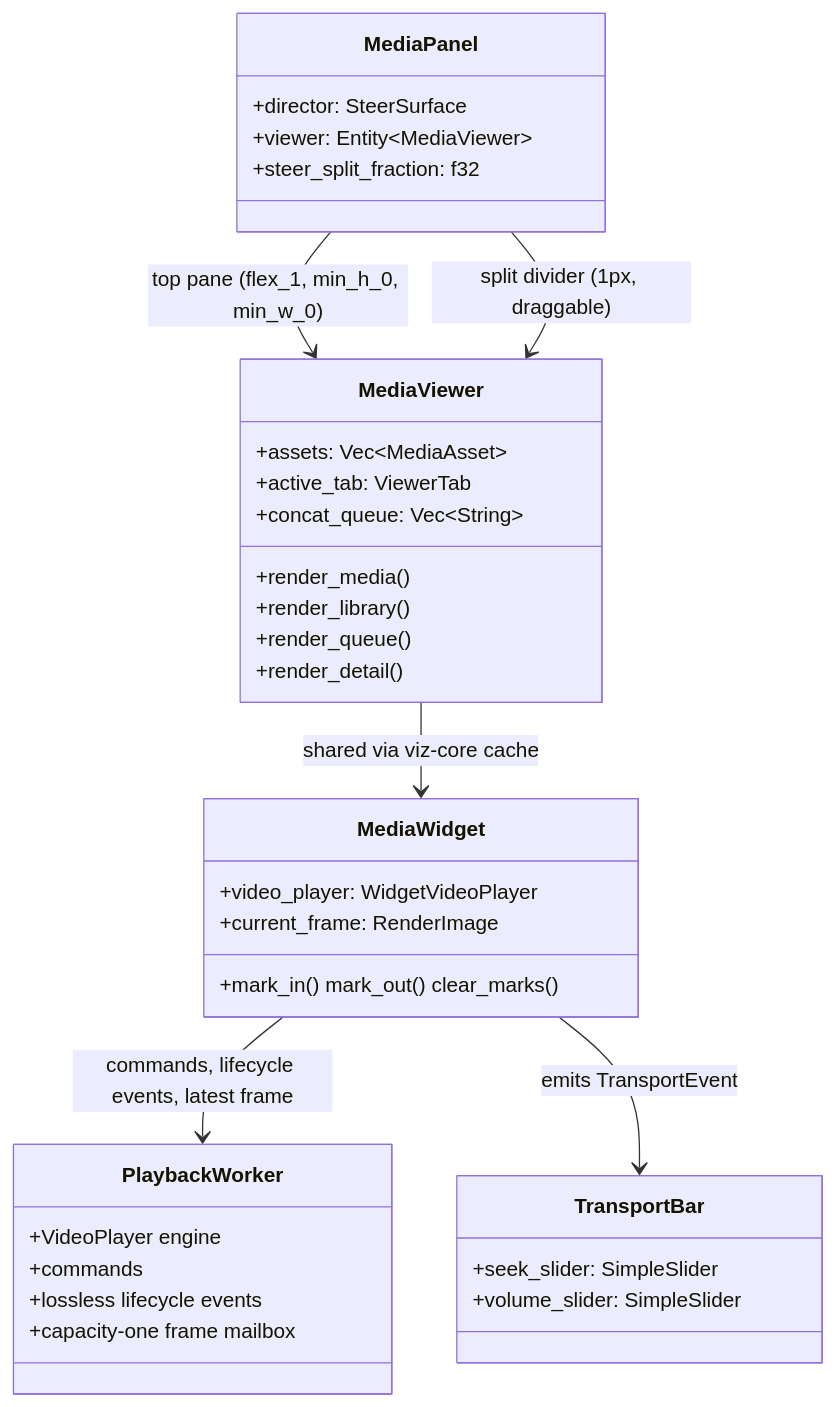
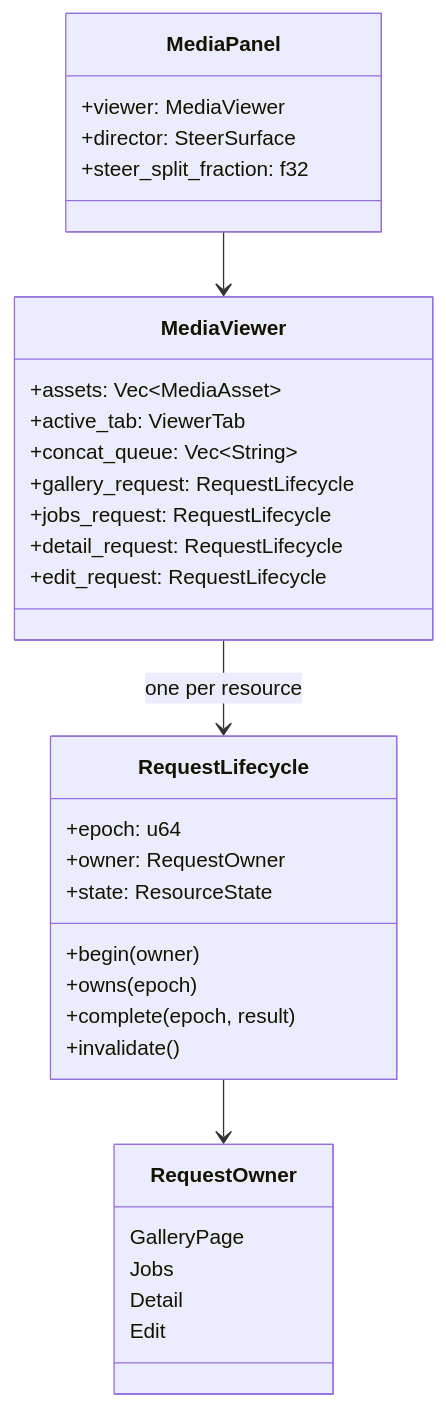
One commit to mdz-axo/zed-kask changed the first of 2 diagrams in kask/docs/diataxis/media_panel/reference.md. Above: the diagram before and after it, drawn with Mermaid. The commit also changed other lines of this file and 15 other files, not shown here.

````diff
--- a/kask/docs/diataxis/media_panel/reference.md
+++ b/kask/docs/diataxis/media_panel/reference.md
@@ -23,37 +20,35 @@
 ```mermaid
 classDiagram
     class MediaPanel {
+        +viewer: MediaViewer
         +director: SteerSurface
-        +viewer: Entity~MediaViewer~
         +steer_split_fraction: f32
     }
     class MediaViewer {
         +assets: Vec~MediaAsset~
         +active_tab: ViewerTab
         +concat_queue: Vec~String~
-        +render_media()
-        +render_library()
-        +render_queue()
-        +render_detail()
+        +gallery_request: RequestLifecycle
+        +jobs_request: RequestLifecycle
+        +detail_request: RequestLifecycle
+        +edit_request: RequestLifecycle
     }
-    class MediaWidget {
-        +video_player: WidgetVideoPlayer
-        +current_frame: RenderImage
-        +mark_in() mark_out() clear_marks()
+    class RequestLifecycle {
+        +epoch: u64
+        +owner: RequestOwner
+        +state: ResourceState
+        +begin(owner)
+        +owns(epoch)
+        +complete(epoch, result)
+        +invalidate()
     }
-    class PlaybackWorker {
-        +VideoPlayer engine
-        +commands
-        +lossless lifecycle events
-        +capacity-one frame mailbox
+    class RequestOwner {
+        GalleryPage
+        Jobs
+        Detail
+        Edit
     }
-    class TransportBar {
-        +seek_slider: SimpleSlider
-        +volume_slider: SimpleSlider
-    }
-    MediaPanel --> MediaViewer : top pane (flex_1, min_h_0, min_w_0)
-    MediaPanel --> MediaViewer : split divider (1px, draggable)
-    MediaViewer --> MediaWidget : shared via viz-core cache
-    MediaWidget --> PlaybackWorker : commands, lifecycle events, latest frame
-    MediaWidget --> TransportBar : emits TransportEvent
+    MediaPanel --> MediaViewer
+    MediaViewer --> RequestLifecycle : one per resource
+    RequestLifecycle --> RequestOwner
 ```
````
